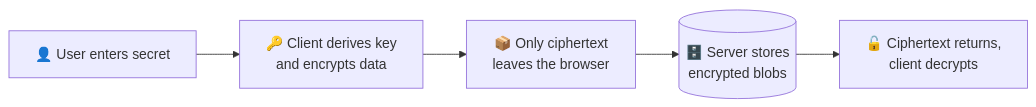
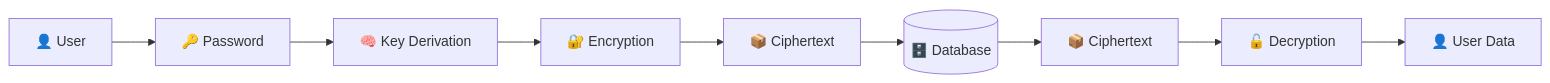
The first of 5 diagrams in README.md (neerajsait/neerajsait), drawn with Mermaid before and after one commit. The commit also changed other lines of this file, not shown here.

````diff
--- a/README.md
+++ b/README.md
@@ -55,7 +72,11 @@
 ```mermaid
 flowchart LR
-    A["👤 User enters secret"] --> B["🔑 Client derives key<br/>and encrypts data"]
-    B --> C["📦 Only ciphertext<br/>leaves the browser"]
-    C --> D[("🗄️ Server stores<br/>encrypted blobs")]
-    D --> E["🔓 Ciphertext returns,<br/>client decrypts"]
+    A["👤 User"] --> B["🔑 Password"]
+    B --> C["🧠 Key Derivation"]
+    C --> D["🔐 Encryption"]
+    D --> E["📦 Ciphertext"]
+    E --> F[("🗄️ Database")]
+    F --> G["📦 Ciphertext"]
+    G --> H["🔓 Decryption"]
+    H --> I["👤 User Data"]
 ```
````
